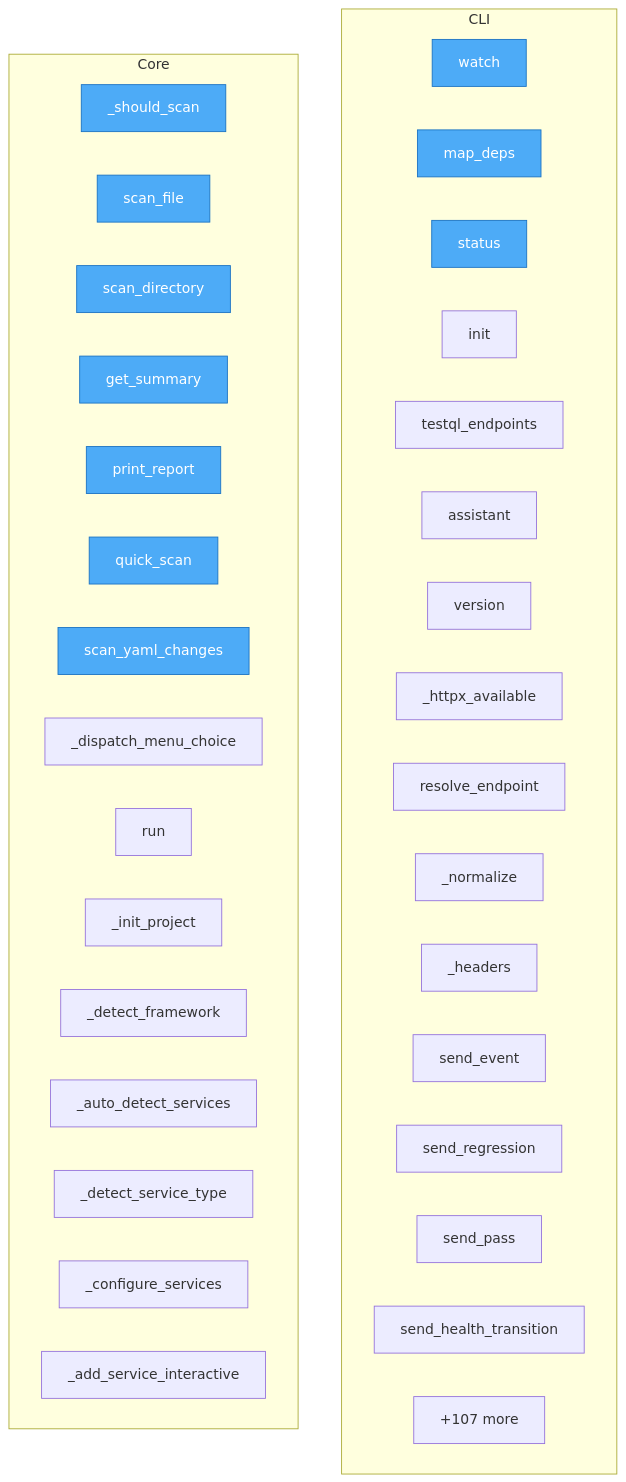
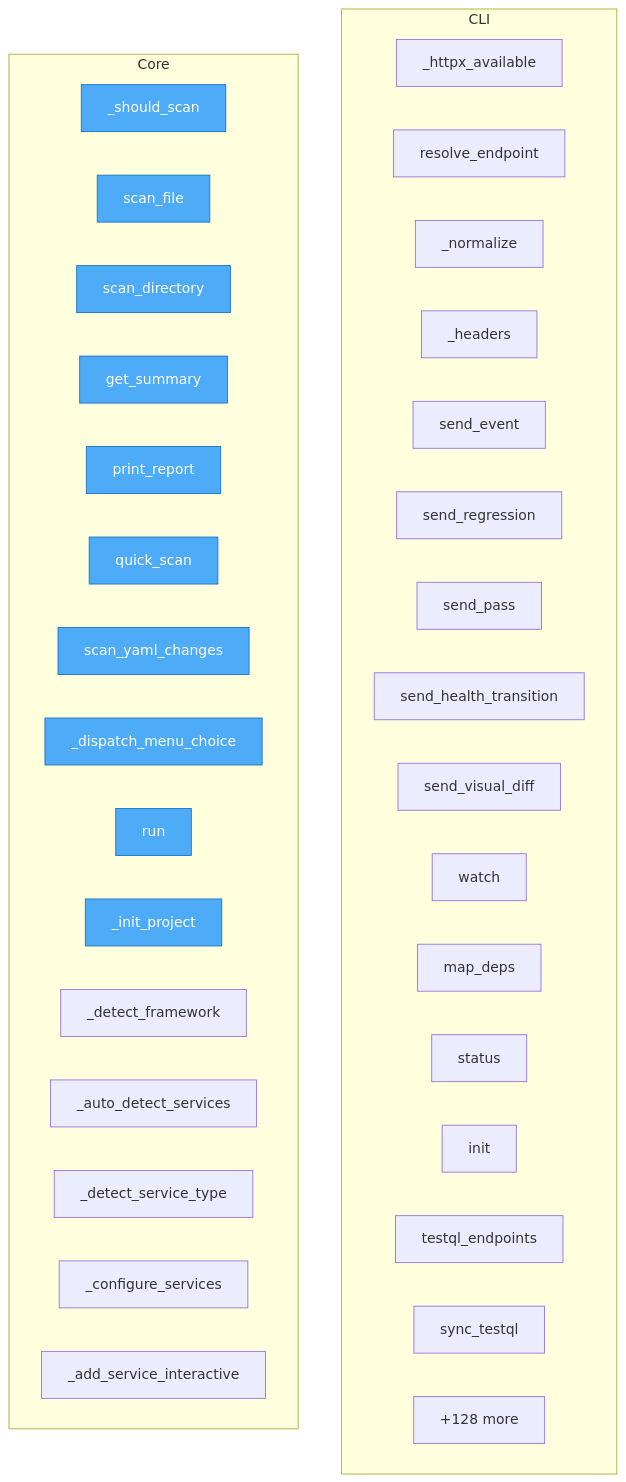
Before and after one commit to semcod/wup: the diagram in project/flow.mmd, drawn with Mermaid. The commit also changed 36 other files, not shown here.

```diff
--- a/project/flow.mmd
+++ b/project/flow.mmd
@@ -1,45 +1,45 @@
 flowchart TD
 %% generated in 0.00s
 
     %% Entry points (blue)
     classDef entry fill:#4dabf7,stroke:#1971c2,color:#fff
 
     subgraph CLI
-        wup__cli__watch["watch"]
-        wup__cli__map_deps["map_deps"]
-        wup__cli__status["status"]
-        wup__cli__init["init"]
-        wup__cli__testql_endpoints["testql_endpoints"]
-        wup__cli__assistant["assistant"]
-        wup__cli__version["version"]
         wup__web_client___httpx_available["_httpx_available"]
         wup__web_client__resolve_endpoint["resolve_endpoint"]
         wup__web_client___normalize["_normalize"]
         wup__web_client__WebClient___headers["_headers"]
         wup__web_client__WebClient__send_event["send_event"]
         wup__web_client__WebClient__send_regression["send_regression"]
         wup__web_client__WebClient__send_pass["send_pass"]
         wup__web_client__WebClient__send_health_transition["send_health_transition"]
-        ...["+1 more"]
+        wup__web_client__WebClient__send_visual_diff["send_visual_diff"]
+        wup__cli__watch["watch"]
+        wup__cli__map_deps["map_deps"]
+        wup__cli__status["status"]
+        wup__cli__init["init"]
+        wup__cli__testql_endpoints["testql_endpoints"]
+        wup__cli__sync_testql["sync_testql"]
+        ...["+2 more"]
     end
 
     subgraph Core
         wup__anomaly_detector__AnomalyDetector___should_scan["_should_scan"]
         wup__anomaly_detector__AnomalyDetector__scan_file["scan_file"]
         wup__anomaly_detector__AnomalyDetector__scan_directory["scan_directory"]
         wup__anomaly_detector__AnomalyDetector__get_summary["get_summary"]
         wup__anomaly_detector__AnomalyDetector__print_report["print_report"]
         wup__anomaly_detector__quick_scan["quick_scan"]
         wup__anomaly_detector__scan_yaml_changes["scan_yaml_changes"]
         wup__assistant__WupAssistant___dispatch_menu_choice["_dispatch_menu_choice"]
         wup__assistant__WupAssistant__run["run"]
         wup__assistant__WupAssistant___init_project["_init_project"]
         wup__assistant__WupAssistant___detect_framework["_detect_framework"]
         wup__assistant__WupAssistant___auto_detect_services["_auto_detect_services"]
         wup__assistant__WupAssistant___detect_service_type["_detect_service_type"]
         wup__assistant__WupAssistant___configure_services["_configure_services"]
         wup__assistant__WupAssistant___add_service_interactive["_add_service_interactive"]
-        ...["+107 more"]
+        ...["+128 more"]
     end
 
-    class wup__anomaly_detector__AnomalyDetector___should_scan,wup__anomaly_detector__AnomalyDetector__scan_file,wup__anomaly_detector__AnomalyDetector__scan_directory,wup__anomaly_detector__AnomalyDetector__get_summary,wup__anomaly_detector__AnomalyDetector__print_report,wup__anomaly_detector__quick_scan,wup__anomaly_detector__scan_yaml_changes,wup__cli__watch,wup__cli__map_deps,wup__cli__status entry
+    class wup__anomaly_detector__AnomalyDetector___should_scan,wup__anomaly_detector__AnomalyDetector__scan_file,wup__anomaly_detector__AnomalyDetector__scan_directory,wup__anomaly_detector__AnomalyDetector__get_summary,wup__anomaly_detector__AnomalyDetector__print_report,wup__anomaly_detector__quick_scan,wup__anomaly_detector__scan_yaml_changes,wup__assistant__WupAssistant___dispatch_menu_choice,wup__assistant__WupAssistant__run,wup__assistant__WupAssistant___init_project entry
```
